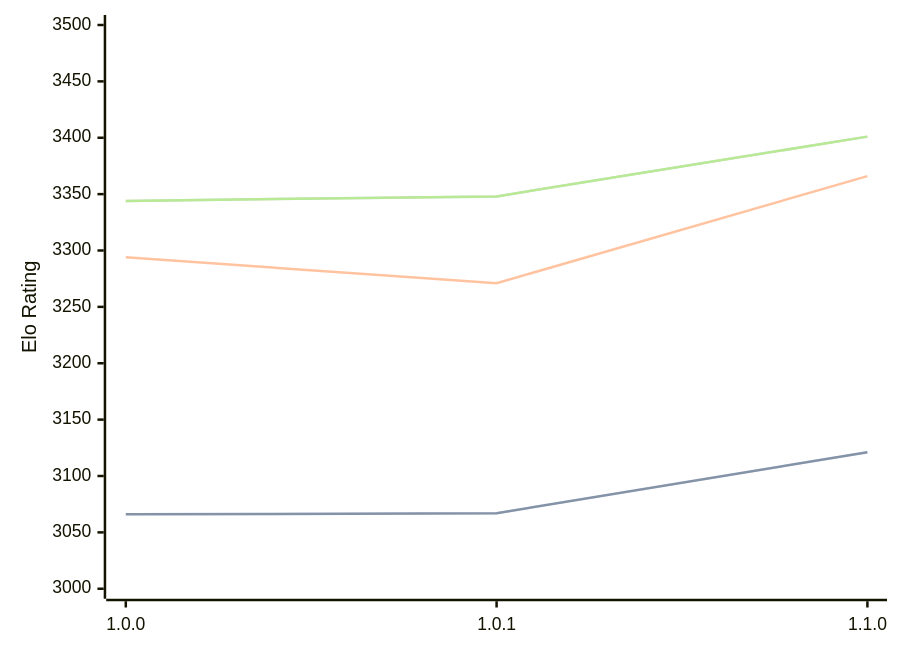
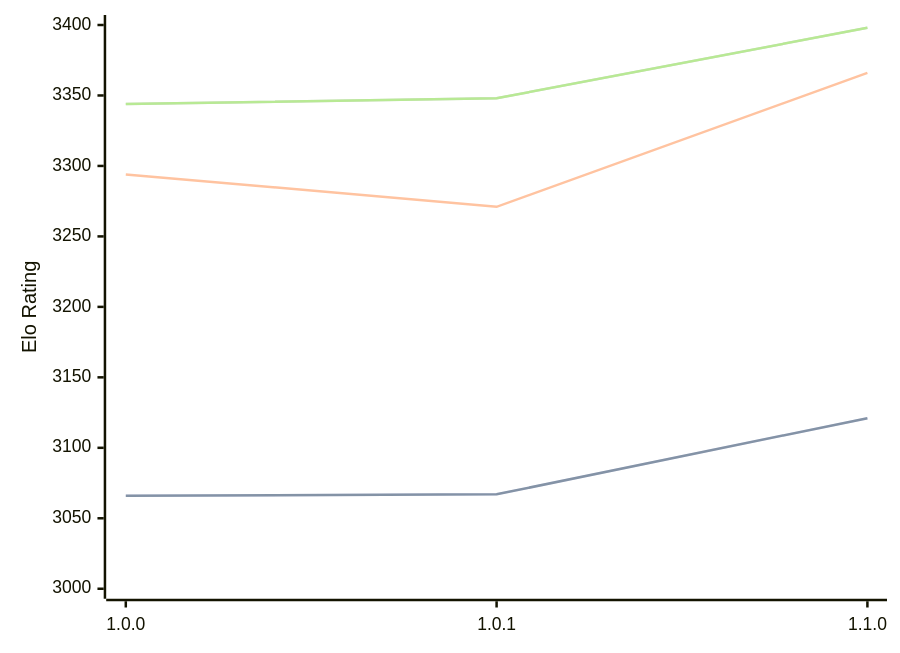
One commit to computer-chess-index/cci changed the diagram in engines/Ursus.md. Above: the diagram before and after it, drawn with Mermaid. The commit also changed other lines of this file, not shown here.

Commit message:
Update CCI Ratings (ELO VLTC) - 2026-08-31

````diff
--- a/engines/Ursus.md
+++ b/engines/Ursus.md
@@ -33,11 +33,11 @@
 ```mermaid
 %%{init: {"theme":"base","themeVariables":{"seriesColors:['#a3a3a3','#222221','#faa371']}}}%%
 xychart-beta
   x-axis ["1.0.0", "1.0.1", "1.1.0"]
-  y-axis "Elo Rating" 3000 --> 3500
+  y-axis "Elo Rating" 3000 --> 3400
   line "" [3066, 3067, 3121]
   line "STC (8.0+0.08s)" [3066, 3067, 3121]
   line "LTC (60.0+0.60s)" [3294, 3271, 3366]
-  line "" [3344, 3348, 3401]
-  line "VLTC (2m24s+1.12s)" [3344, 3348, 3401]
+  line "" [3344, 3348, 3398]
+  line "VLTC (2m24s+1.12s)" [3344, 3348, 3398]
 ```
````
